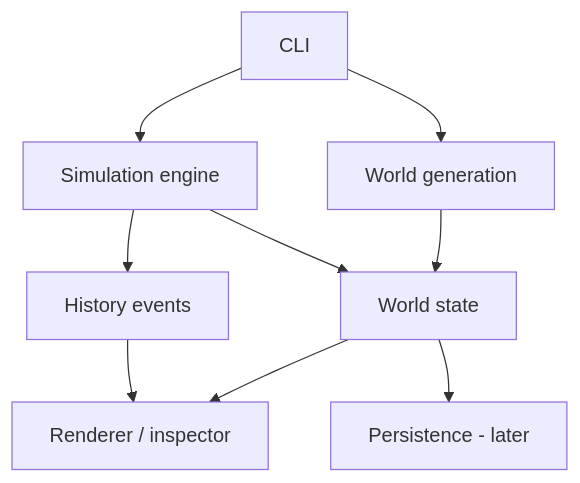
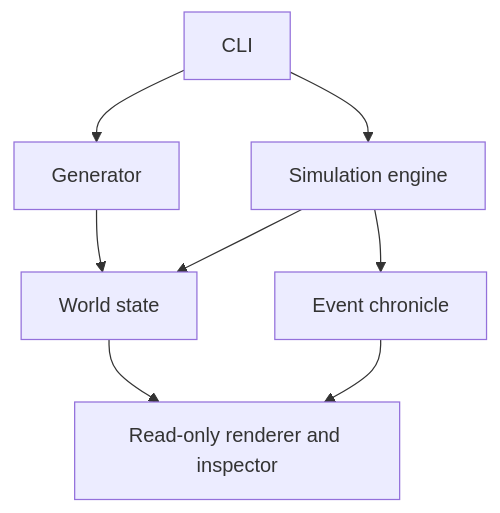
The diagram in docs/DESIGN.md (jdhunterae/world-weaver), drawn with Mermaid before and after one commit. The commit also changed other lines of this file and 2 other files, not shown here.

Commit message:
docs: redefine World Weaver as an emergent ecosystem simulator

````diff
--- a/docs/DESIGN.md
+++ b/docs/DESIGN.md
@@ -24,11 +23,10 @@
 ```mermaid
 flowchart TD
-    C[CLI] --> G[World generation]
+    CLI[CLI] --> G[Generator]
     G --> W[World state]
-    C --> S[Simulation engine]
+    CLI --> S[Simulation engine]
     S --> W
-    S --> H[History events]
-    W --> R[Renderer / inspector]
+    S --> H[Event chronicle]
+    W --> R[Read-only renderer and inspector]
     H --> R
-    W --> P[Persistence - later]
 ```
````
